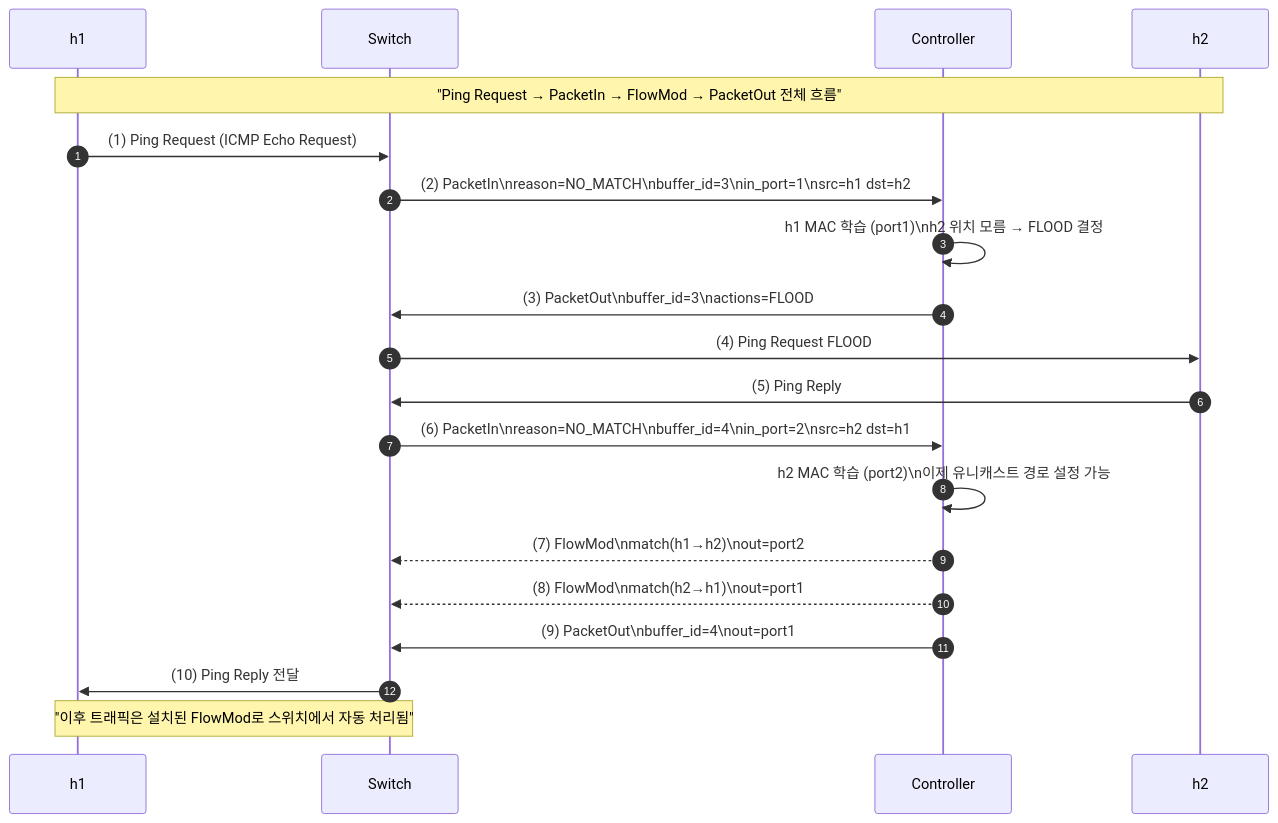
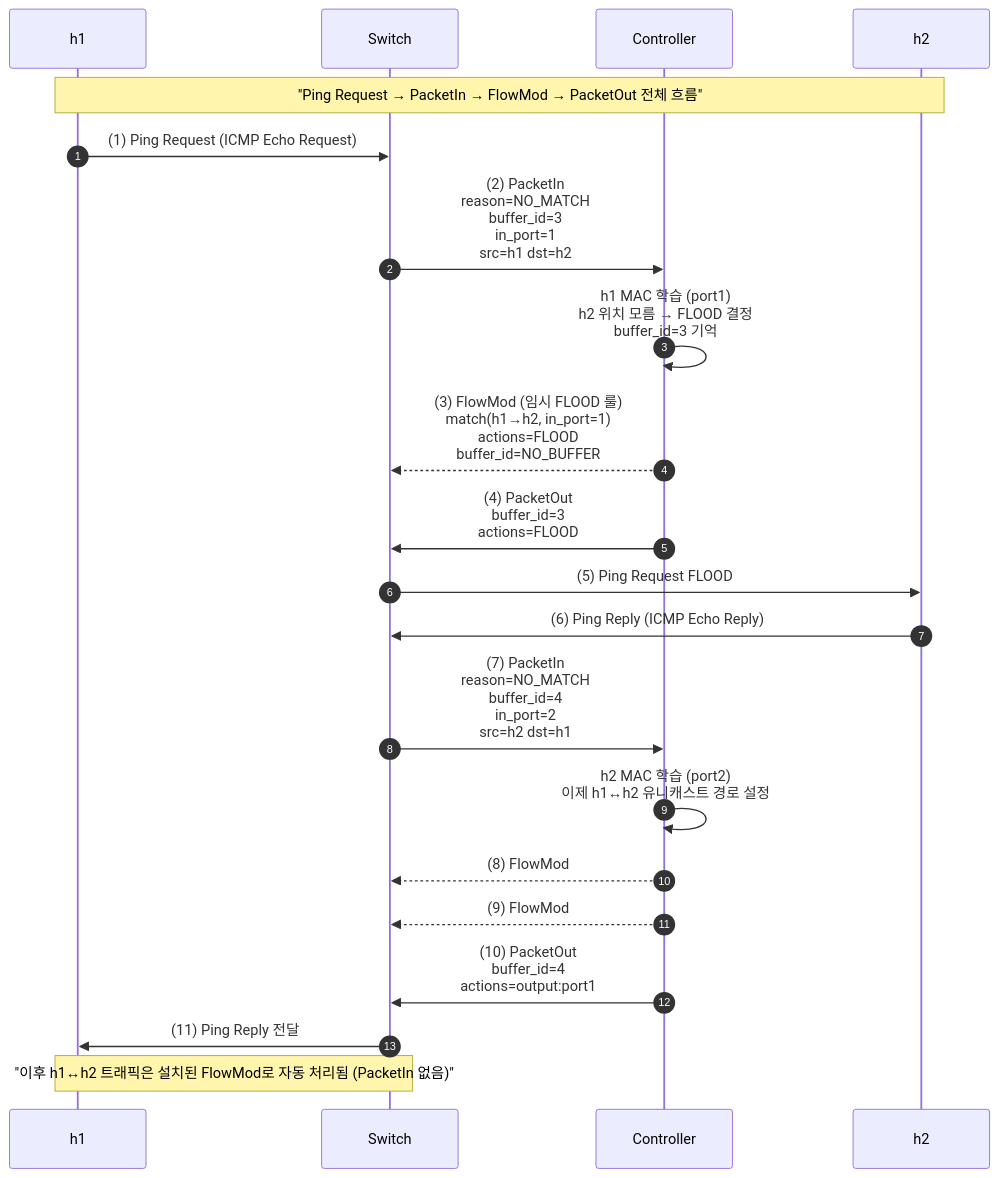
One commit to SCKIMOSU/SmartNetworkService changed the first of 3 diagrams in [12주차_2차시] 스위치–컨트롤러 메시지.md. Above: the diagram before and after it, drawn with Mermaid.

Commit message:
Update [12주차_2차시] 스위치–컨트롤러 메시지.md

````diff
--- a/[12주차_2차시] 스위치–컨트롤러 메시지.md
+++ b/[12주차_2차시] 스위치–컨트롤러 메시지.md
@@ -5,50 +5,53 @@
 ```mermaid
 sequenceDiagram
     autonumber
 
     participant H1 as h1
     participant SW as Switch
     participant CT as Controller
     participant H2 as h2
 
     Note over H1,H2: "Ping Request → PacketIn → FlowMod → PacketOut 전체 흐름"
 
-    %% 1) Ping Request
+    %% 1) h1이 첫 Ping Request 전송
     H1 ->> SW: (1) Ping Request (ICMP Echo Request)
 
-    %% 2) PacketIn to Controller
-    SW ->> CT: (2) PacketIn\nreason=NO_MATCH\nbuffer_id=3\nin_port=1\nsrc=h1 dst=h2
+    %% 2) 스위치: 룰 없음 → PacketIn
+    SW ->> CT: (2) PacketIn<br/>reason=NO_MATCH<br/>buffer_id=3<br/>in_port=1<br/>src=h1 dst=h2
 
-    %% 3) Controller Learns h1 MAC
-    CT ->> CT: h1 MAC 학습 (port1)\nh2 위치 모름 → FLOOD 결정
+    %% 3) 컨트롤러: h1 MAC 학습, h2 위치 모름 → FLOOD 결정
+    CT ->> CT: h1 MAC 학습 (port1)<br/>h2 위치 모름 → FLOOD 결정<br/>buffer_id=3 기억
 
-    %% 4) PacketOut (FLOOD)
-    CT ->> SW: (3) PacketOut\nbuffer_id=3\nactions=FLOOD
+    %% 4) FlowMod (FLOOD용, buffer_id는 사용하지 않음)
+    CT -->> SW: (3) FlowMod (임시 FLOOD 룰)<br/>match(h1→h2, in_port=1)<br/>actions=FLOOD<br/>buffer_id=NO_BUFFER
 
-    %% 5) FLOOD to h2
-    SW ->> H2: (4) Ping Request FLOOD
+    %% 5) PacketOut: 버퍼에 있는 첫 패킷 FLOOD
+    CT ->> SW: (4) PacketOut<br/>buffer_id=3<br/>actions=FLOOD
 
-    %% 6) h2 replies
-    H2 ->> SW: (5) Ping Reply
+    %% 6) 스위치: FLOOD → h2까지 전달
+    SW ->> H2: (5) Ping Request FLOOD
 
-    %% 7) PacketIn again
-    SW ->> CT: (6) PacketIn\nreason=NO_MATCH\nbuffer_id=4\nin_port=2\nsrc=h2 dst=h1
+    %% 7) h2가 Ping Reply 전송
+    H2 ->> SW: (6) Ping Reply (ICMP Echo Reply)
 
-    %% 8) Controller learns h2 MAC
-    CT ->> CT: h2 MAC 학습 (port2)\n이제 유니캐스트 경로 설정 가능
+    %% 8) 다시 룰 없음(유니캐스트 룰 미설치 상태) → 두 번째 PacketIn
+    SW ->> CT: (7) PacketIn<br/>reason=NO_MATCH<br/>buffer_id=4<br/>in_port=2<br/>src=h2 dst=h1
 
-    %% 9) FlowMod #1
-    CT -->> SW: (7) FlowMod\nmatch(h1→h2)\nout=port2
+    %% 9) 컨트롤러: h2 MAC 학습, 이제 h1·h2 위치 모두 앎
+    CT ->> CT: h2 MAC 학습 (port2)<br/>이제 h1↔h2 유니캐스트 경로 설정
 
-    %% 10) FlowMod #2
-    CT -->> SW: (8) FlowMod\nmatch(h2→h1)\nout=port1
+    %% 10) FlowMod #1 : h1 → h2 방향
+    CT -->> SW: (8) FlowMod #1<br/>match(h1→h2, in_port=1)<br/>actions=output:port2<br/>buffer_id=NO_BUFFER
 
-    %% 11) PacketOut for immediate reply
-    CT ->> SW: (9) PacketOut\nbuffer_id=4\nout=port1
+    %% 11) FlowMod #2 : h2 → h1 방향
+    CT -->> SW: (9) FlowMod #2<br/>match(h2→h1, in_port=2)<br/>actions=output:port1<br/>buffer_id=NO_BUFFER
 
-    %% 12) Deliver Reply
-    SW ->> H1: (10) Ping Reply 전달
+    %% 12) 지금 들어온 Reply 패킷은 PacketOut으로 한 번 보내줌
+    CT ->> SW: (10) PacketOut<br/>buffer_id=4<br/>actions=output:port1
 
-    Note over SW,H1: "이후 트래픽은 설치된 FlowMod로 스위치에서 자동 처리됨"
+    %% 13) 스위치: Reply 전달
+    SW ->> H1: (11) Ping Reply 전달
+
+    Note over SW,H1: "이후 h1↔h2 트래픽은 설치된 FlowMod로 자동 처리됨 (PacketIn 없음)"
 
 ```
````
